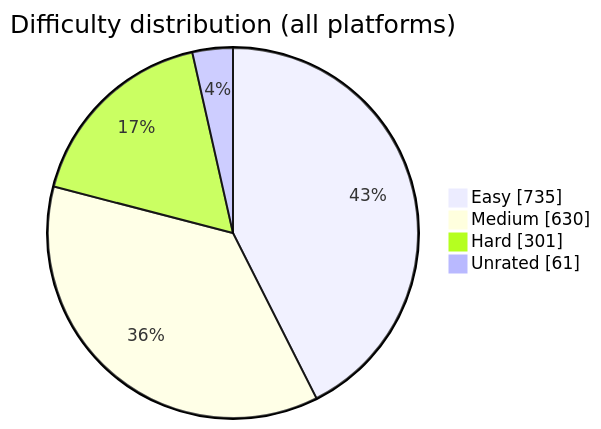
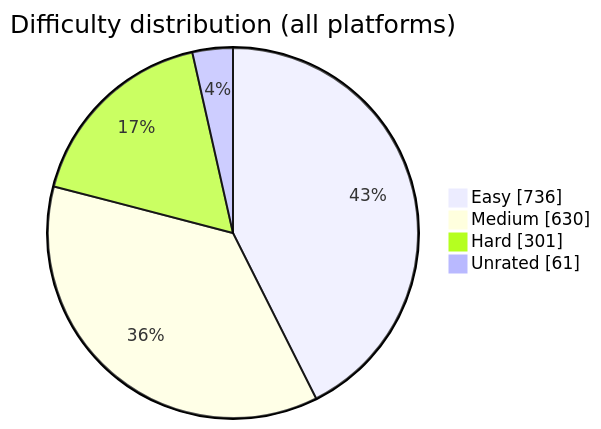
One commit to BuildbyArindam/Daily-Coding-Log changed the diagram in README.md. Above: the diagram before and after it, drawn with Mermaid. The commit also changed other lines of this file, not shown here.

````diff
--- a/README.md
+++ b/README.md
@@ -93,7 +93,7 @@
 ```mermaid
 pie showData title Difficulty distribution (all platforms)
-    "Easy" : 735
+    "Easy" : 736
     "Medium" : 630
     "Hard" : 301
     "Unrated" : 61
 ```
````
